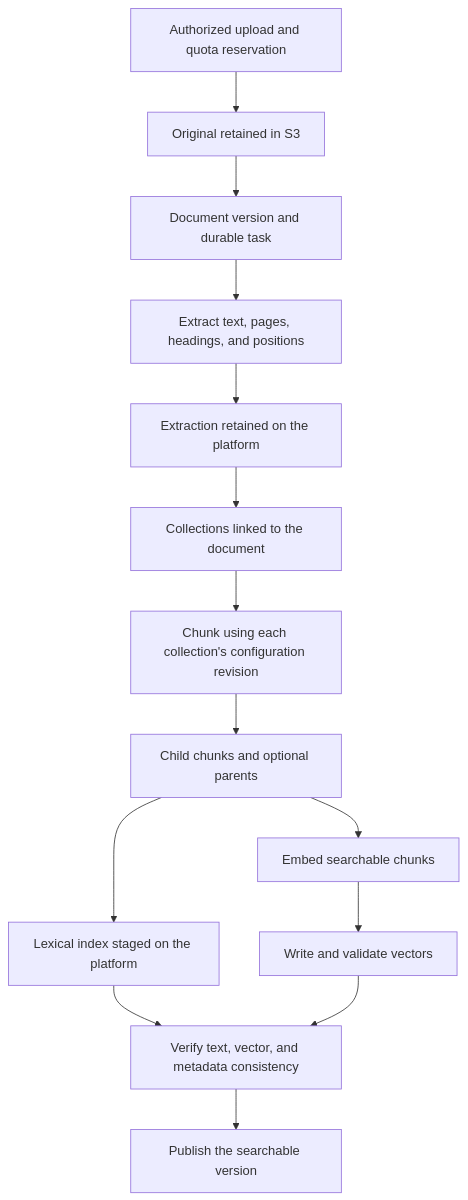
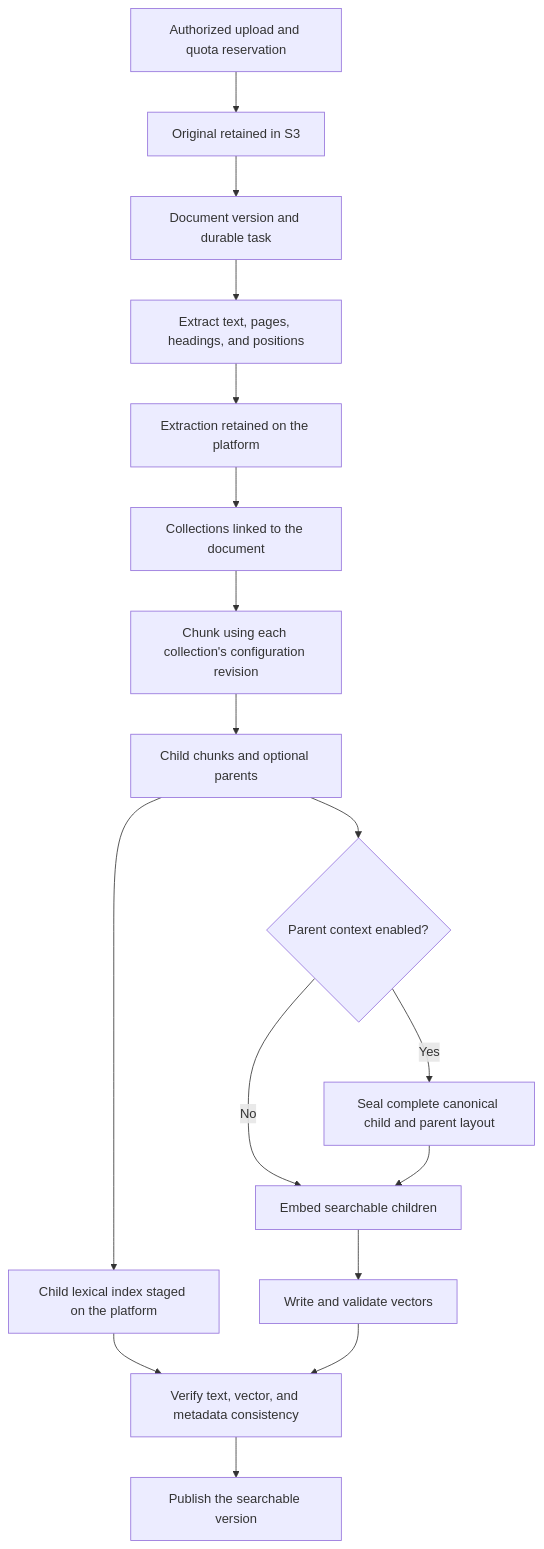
Before and after one commit to SimonLoir/vectorix: the second of 5 diagrams in docs/rag-implementation-plan.md, drawn with Mermaid. The commit also changed other lines of this file and 68 other files, not shown here.

Commit message:
feat(rag): add versioned parent context and child-ranked search

````diff
--- a/docs/rag-implementation-plan.md
+++ b/docs/rag-implementation-plan.md
@@ -95,16 +95,19 @@
 ```mermaid
 flowchart TD
     UP["Authorized upload and quota reservation"] --> OBJ["Original retained in S3"]
     OBJ --> VER["Document version and durable task"]
     VER --> EX["Extract text, pages, headings, and positions"]
     EX --> SRC["Extraction retained on the platform"]
     SRC --> LINK["Collections linked to the document"]
     LINK --> SPLIT["Chunk using each collection's configuration revision"]
     SPLIT --> CHUNK["Child chunks and optional parents"]
-    CHUNK --> LEX["Lexical index staged on the platform"]
-    CHUNK --> EMB["Embed searchable chunks"]
+    CHUNK --> LEX["Child lexical index staged on the platform"]
+    CHUNK --> PC{"Parent context enabled?"}
+    PC -->|Yes| SEAL["Seal complete canonical child and parent layout"]
+    PC -->|No| EMB["Embed searchable children"]
+    SEAL --> EMB
     EMB --> VEC["Write and validate vectors"]
     LEX --> READY["Verify text, vector, and metadata consistency"]
     VEC --> READY
     READY --> PUB["Publish the searchable version"]
 ```
````
